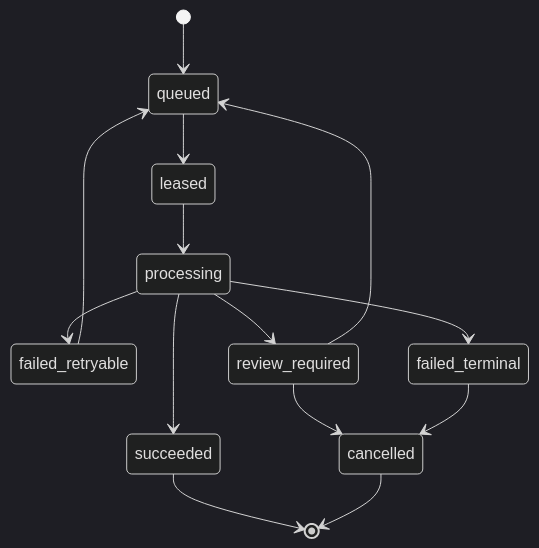
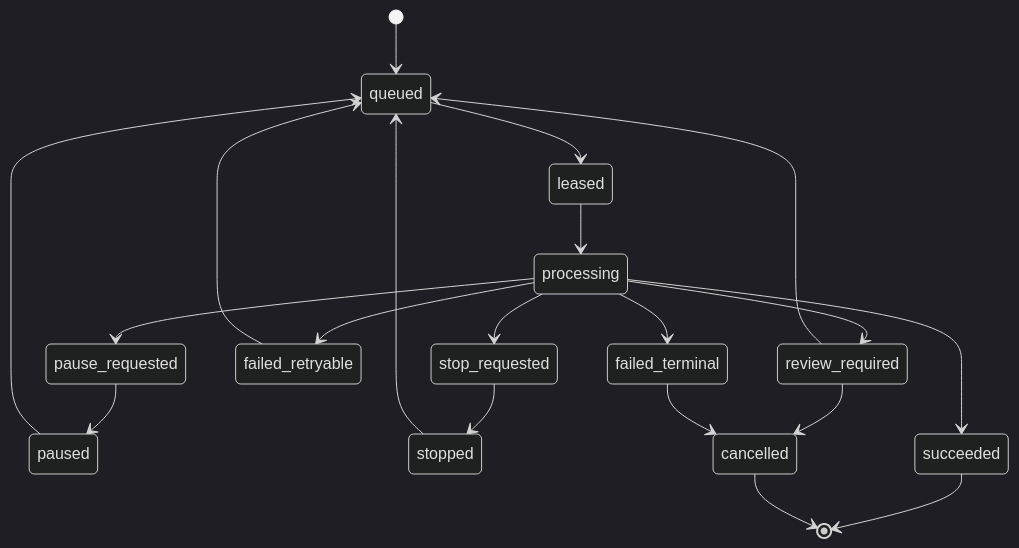
One commit to idev006/MTClipFactory changed diagram 32 of 33 in doc/10_UML_System_Overview.md. Above: the diagram before and after it, drawn with Mermaid (dark theme). The commit also changed other lines of this file and 12 other files, not shown here.

````diff
--- a/doc/10_UML_System_Overview.md
+++ b/doc/10_UML_System_Overview.md
@@ -1258,16 +1292,22 @@
 ```mermaid
 stateDiagram-v2
     [*] --> queued
     queued --> leased
     leased --> processing
+    processing --> pause_requested
+    pause_requested --> paused
+    paused --> queued
+    processing --> stop_requested
+    stop_requested --> stopped
+    stopped --> queued
     processing --> succeeded
     processing --> failed_retryable
     processing --> failed_terminal
     processing --> review_required
     failed_retryable --> queued
     review_required --> queued
     review_required --> cancelled
     failed_terminal --> cancelled
     succeeded --> [*]
     cancelled --> [*]
 ```
````
